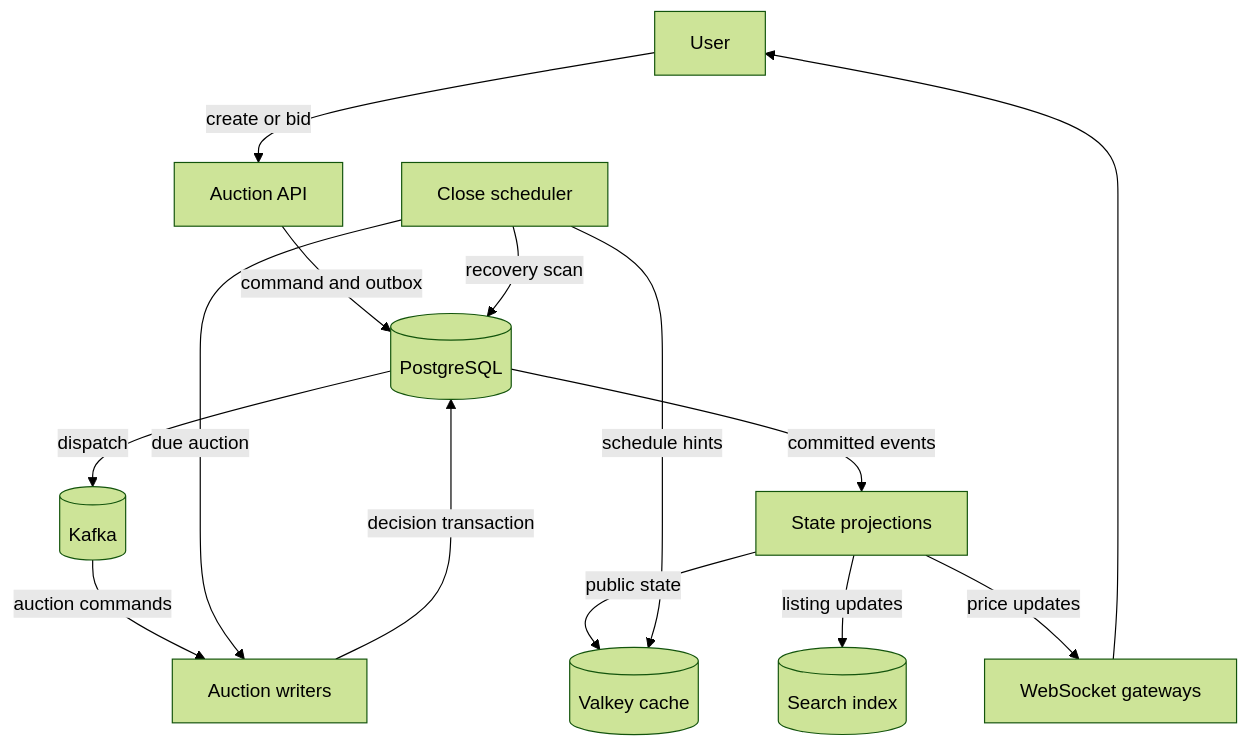
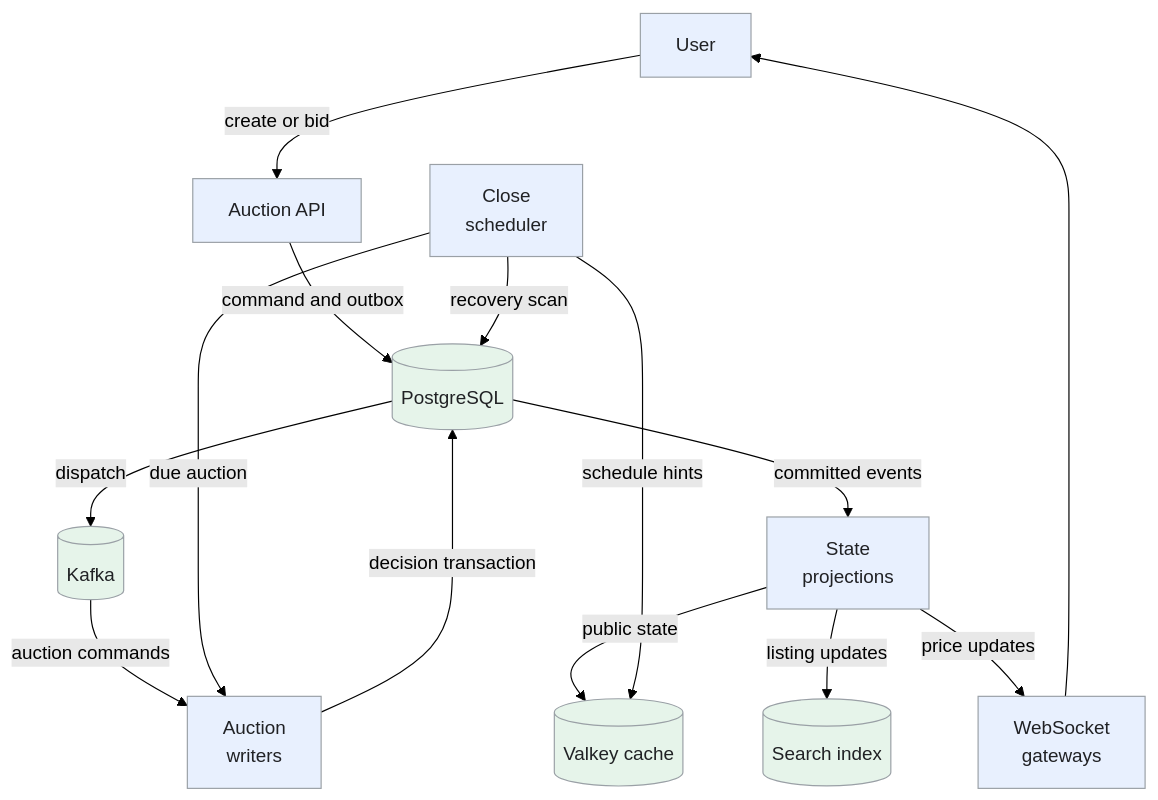
Before and after one commit to iliazlobin/iliazlobin.github.io: the first of 6 diagrams in _designs/online-auction.md, drawn with Mermaid (forest theme). The commit also changed other lines of this file and 131 other files, not shown here.

````diff
--- a/_designs/online-auction.md
+++ b/_designs/online-auction.md
@@ -138,16 +138,21 @@
 ```mermaid
 flowchart TB
-  U[User] -->|create or bid| API[Auction API]
-  API -->|command and outbox| DB[(PostgreSQL)]
-  DB -->|dispatch| K[(Kafka)]
-  K -->|auction commands| W[Auction writers]
+  U["User"] -->|create or bid| API["Auction API"]
+  API -->|command and outbox| DB[("PostgreSQL")]
+  DB -->|dispatch| K[("Kafka")]
+  K -->|auction commands| W["Auction<br>writers"]
   W -->|decision transaction| DB
-  DB -->|committed events| F[State projections]
-  F -->|public state| C[(Valkey cache)]
-  F -->|listing updates| S[(Search index)]
-  F -->|price updates| G[WebSocket gateways]
+  DB -->|committed events| F["State<br>projections"]
+  F -->|public state| C[("Valkey cache")]
+  F -->|listing updates| S[("Search index")]
+  F -->|price updates| G["WebSocket<br>gateways"]
   G --> U
-  T[Close scheduler] -->|due auction| W
+  T["Close<br>scheduler"] -->|due auction| W
   T -->|schedule hints| C
   T -->|recovery scan| DB
+  classDef request fill:#e8f0fe,stroke:#9aa0a6,color:#202124,stroke-width:1px
+  classDef background fill:#e6f4ea,stroke:#9aa0a6,color:#202124,stroke-width:1px
+  classDef control fill:#fef7e0,stroke:#9aa0a6,color:#202124,stroke-width:1px
+  class U,API,W,F,G,T request
+  class DB,K,C,S background
 ```
````
